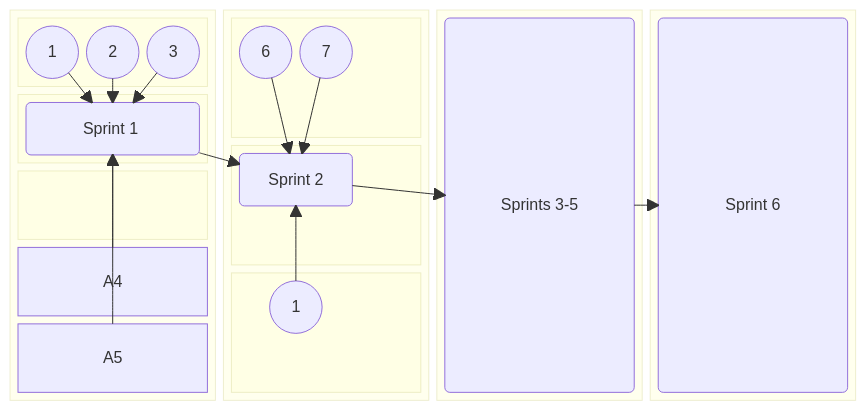
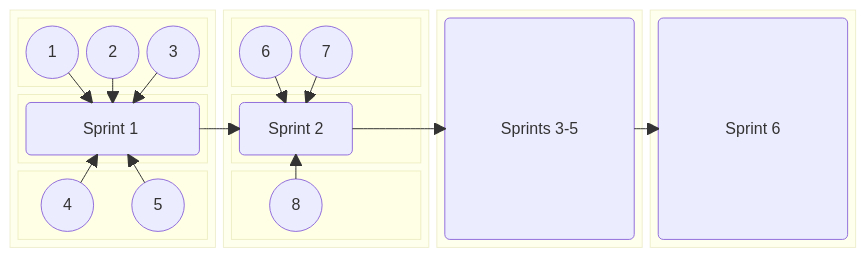
The second of 2 diagrams in README.md (jdmedlock/mermaid_testing), drawn with Mermaid before and after one commit.

Commit message:
Feature: Add annotations to test layout

````diff
--- a/README.md
+++ b/README.md
@@ -90,55 +90,54 @@
 ```mermaid
   block-beta
     columns 4
     block:B1:1
       columns 1
       block:B1TOP
         A1(("&nbsp;&nbsp;&nbsp; 1 &nbsp;&nbsp;&nbsp;"))
         A2(("&nbsp;&nbsp;&nbsp; 2 &nbsp;&nbsp;&nbsp;"))
         A3(("&nbsp;&nbsp;&nbsp; 3 &nbsp;&nbsp;&nbsp;"))
       end
       block:B1CENTER
         SPRINT1("Sprint 1&nbsp;")
       end
       block:B1BOTTOM
-        A1(("&nbsp;&nbsp;&nbsp; 1 &nbsp;&nbsp;&nbsp;"))
-        A2(("&nbsp;&nbsp;&nbsp; 2 &nbsp;&nbsp;&nbsp;"))
-        A3(("&nbsp;&nbsp;&nbsp; 3 &nbsp;&nbsp;&nbsp;"))
+        A4(("&nbsp;&nbsp;&nbsp; 4 &nbsp;&nbsp;&nbsp;"))
+        A5(("&nbsp;&nbsp;&nbsp; 5 &nbsp;&nbsp;&nbsp;"))
       end
       A1 ----> SPRINT1
       A2 ----> SPRINT1
       A3 ----> SPRINT1
       A4 ----> SPRINT1
       A5 ----> SPRINT1
     end
 
     block:B2:1
       columns 1
       block:B2TOP
         A6(("&nbsp;&nbsp;&nbsp; 6 &nbsp;&nbsp;&nbsp;"))
         A7(("&nbsp;&nbsp;&nbsp; 7 &nbsp;&nbsp;&nbsp;"))
       end
       block:B2CENTER
         SPRINT2("Sprint 2")
       end
       block:B2BOTTOM
-        A8(("&nbsp;&nbsp;&nbsp; 1 &nbsp;&nbsp;&nbsp;"))
+        A8(("&nbsp;&nbsp;&nbsp; 8 &nbsp;&nbsp;&nbsp;"))
       end
       A6 ----> SPRINT2
       A7 ----> SPRINT2
       A8 ----> SPRINT2
     end
 
     block:B3:1
       SPRINT35("Sprints 3-5")
     end
 
     block:B4:1
       SPRINT6("Sprint 6")
     end
 
     SPRINT1 --> SPRINT2
     SPRINT2 --> SPRINT35
     SPRINT35 --> SPRINT6
 
 ```
````
